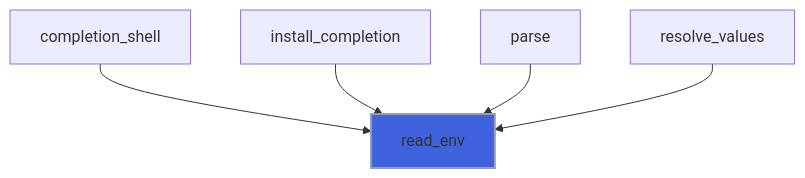
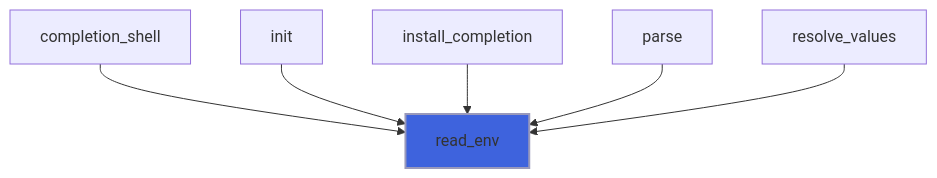
One commit to szaghi/FLAP changed the fourth of 23 diagrams in docs/api/src/lib/flap_utils_m.md. Above: the diagram before and after it, drawn with Mermaid. The commit also changed other lines of this file and 22 other files, not shown here.

````diff
--- a/docs/api/src/lib/flap_utils_m.md
+++ b/docs/api/src/lib/flap_utils_m.md
@@ -167,8 +176,9 @@
 ```mermaid
 flowchart TD
   completion_shell["completion_shell"] --> read_env["read_env"]
+  init["init"] --> read_env["read_env"]
   install_completion["install_completion"] --> read_env["read_env"]
   parse["parse"] --> read_env["read_env"]
   resolve_values["resolve_values"] --> read_env["read_env"]
   style read_env fill:#3e63dd,stroke:#99b,stroke-width:2px
 ```
````
